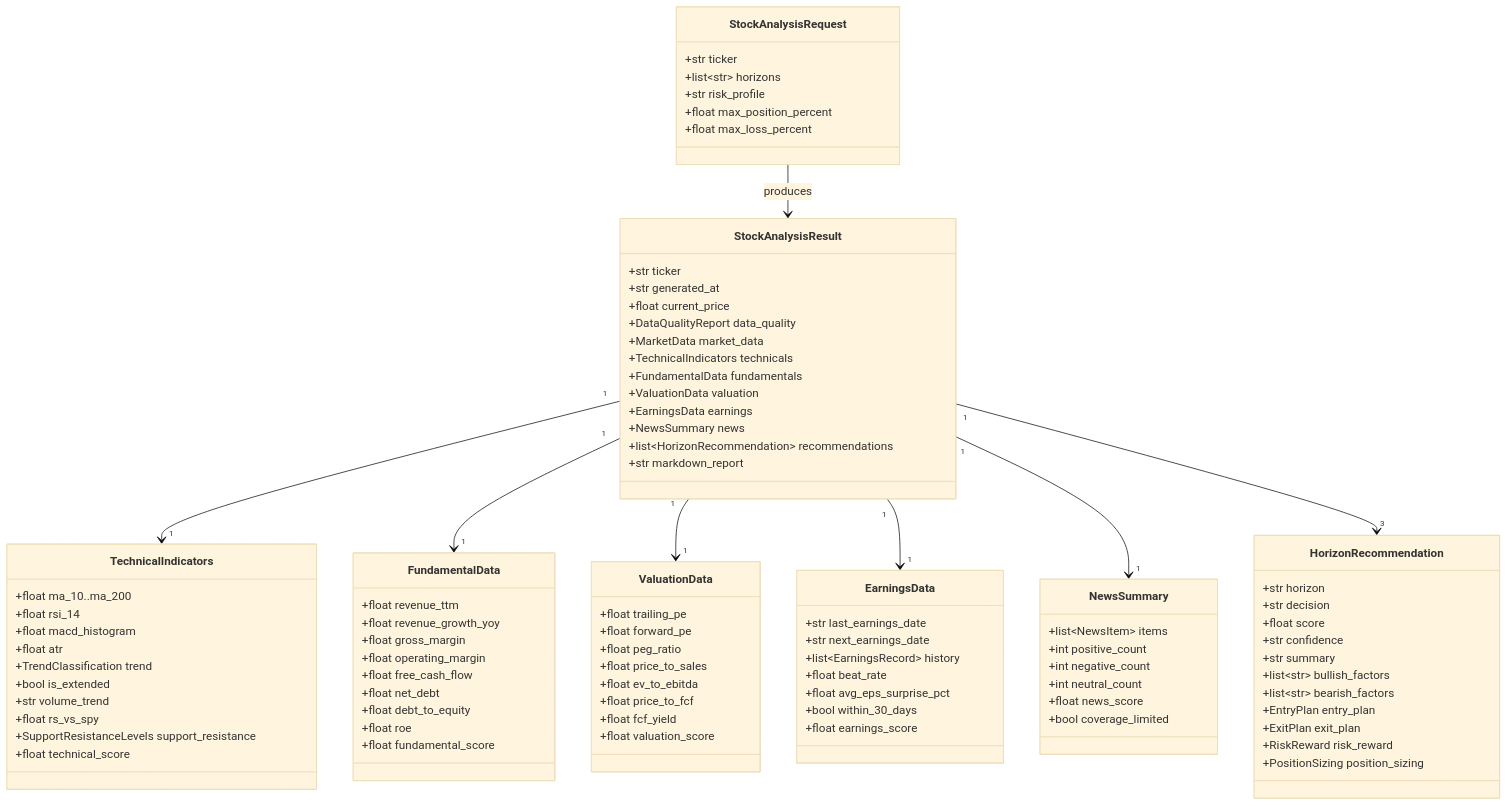
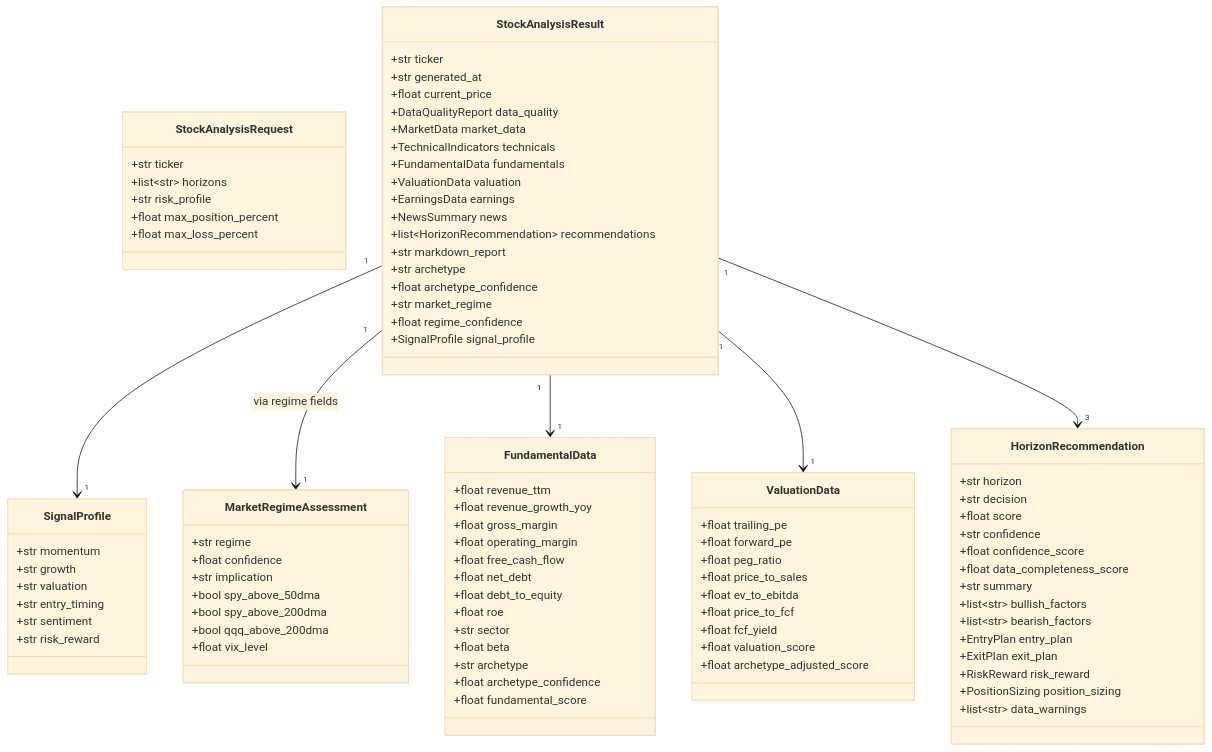
Before and after one commit to krutikpatel/stockBuyDecisioner1: the tenth of 15 diagrams in HLD.md, drawn with Mermaid (base theme). The commit also changed other lines of this file and 44 other files, not shown here.

````diff
--- a/HLD.md
+++ b/HLD.md
@@ -347,6 +446,30 @@
         +NewsSummary news
         +list~HorizonRecommendation~ recommendations
         +str markdown_report
+        +str archetype
+        +float archetype_confidence
+        +str market_regime
+        +float regime_confidence
+        +SignalProfile signal_profile
+    }
+
+    class SignalProfile {
+        +str momentum
+        +str growth
+        +str valuation
+        +str entry_timing
+        +str sentiment
+        +str risk_reward
+    }
+
+    class MarketRegimeAssessment {
+        +str regime
+        +float confidence
+        +str implication
+        +bool spy_above_50dma
+        +bool spy_above_200dma
+        +bool qqq_above_200dma
+        +float vix_level
     }
 
     class HorizonRecommendation {
@@ -354,6 +477,8 @@
         +str decision
         +float score
         +str confidence
+        +float confidence_score
+        +float data_completeness_score
         +str summary
         +list~str~ bullish_factors
         +list~str~ bearish_factors
@@ -361,19 +486,7 @@
         +ExitPlan exit_plan
         +RiskReward risk_reward
         +PositionSizing position_sizing
-    }
-
-    class TechnicalIndicators {
-        +float ma_10..ma_200
-        +float rsi_14
-        +float macd_histogram
-        +float atr
-        +TrendClassification trend
-        +bool is_extended
-        +str volume_trend
-        +float rs_vs_spy
-        +SupportResistanceLevels support_resistance
-        +float technical_score
+        +list~str~ data_warnings
     }
 
     class FundamentalData {
@@ -385,6 +498,10 @@
         +float net_debt
         +float debt_to_equity
         +float roe
+        +str sector
+        +float beta
+        +str archetype
+        +float archetype_confidence
         +float fundamental_score
     }
 
@@ -397,32 +514,12 @@
         +float price_to_fcf
         +float fcf_yield
         +float valuation_score
+        +float archetype_adjusted_score
     }
 
-    class EarningsData {
-        +str last_earnings_date
-        +str next_earnings_date
-        +list~EarningsRecord~ history
-        +float beat_rate
-        +float avg_eps_surprise_pct
-        +bool within_30_days
-        +float earnings_score
-    }
-
-    class NewsSummary {
-        +list~NewsItem~ items
-        +int positive_count
-        +int negative_count
-        +int neutral_count
-        +float news_score
-        +bool coverage_limited
-    }
-
-    StockAnalysisRequest --> StockAnalysisResult : produces
-    StockAnalysisResult "1" --> "1" TechnicalIndicators
+    StockAnalysisResult "1" --> "1" SignalProfile
+    StockAnalysisResult "1" --> "1" MarketRegimeAssessment : via regime fields
     StockAnalysisResult "1" --> "1" FundamentalData
     StockAnalysisResult "1" --> "1" ValuationData
-    StockAnalysisResult "1" --> "1" EarningsData
-    StockAnalysisResult "1" --> "1" NewsSummary
     StockAnalysisResult "1" --> "3" HorizonRecommendation
 ```
````
